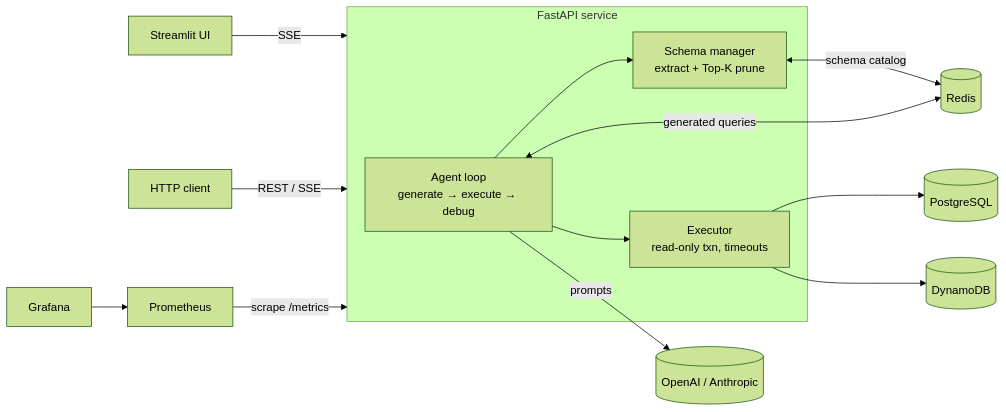
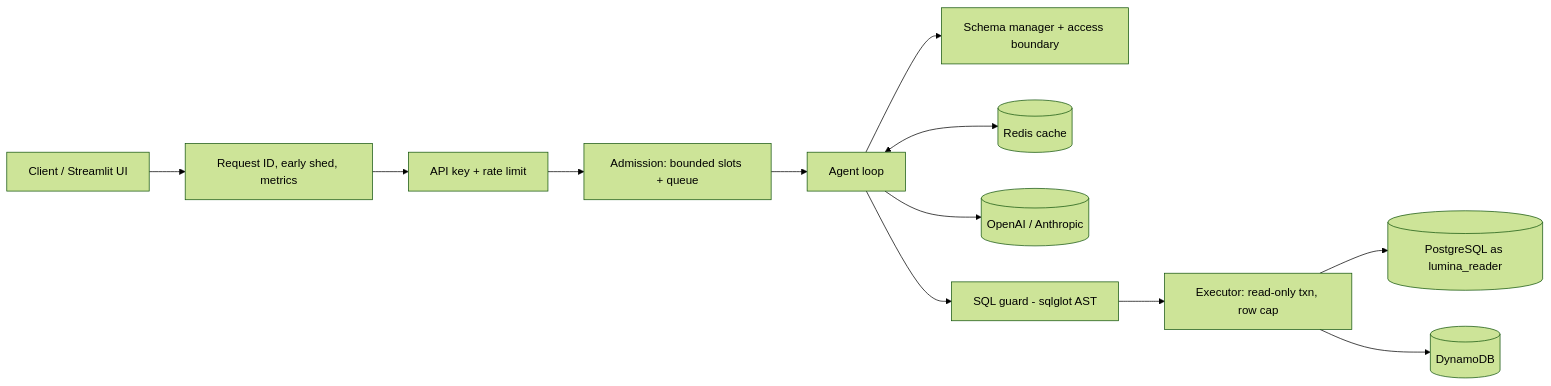
The diagram in README.md (amberfxy/lumina-sql-agent), drawn with Mermaid (forest theme) before and after one commit. The commit also changed other lines of this file and 7 other files, not shown here.

Commit message:
Document architecture, security, failure model, evaluation, and runbook

````diff
--- a/README.md
+++ b/README.md
@@ -11,19 +29,14 @@
 ```mermaid
 flowchart LR
-    UI[Streamlit UI] -->|SSE| API
-    Client[HTTP client] -->|REST / SSE| API
-    subgraph API[FastAPI service]
-        Agent[Agent loop<br/>generate → execute → debug]
-        Schema[Schema manager<br/>extract + Top-K prune]
-        Exec[Executor<br/>read-only txn, timeouts]
-    end
-    Agent --> Schema
-    Agent --> Exec
-    Agent -->|prompts| LLM[(OpenAI / Anthropic)]
-    Schema <-->|schema catalog| Redis[(Redis)]
-    Agent <-->|generated queries| Redis
-    Exec --> PG[(PostgreSQL)]
-    Exec --> DDB[(DynamoDB)]
-    Prom[Prometheus] -->|scrape /metrics| API
-    Grafana --> Prom
+    C[Client / Streamlit UI] --> MW[Request ID, early shed, metrics]
+    MW --> AUTH[API key + rate limit]
+    AUTH --> ADM[Admission: bounded slots + queue]
+    ADM --> AG[Agent loop]
+    AG --> SM[Schema manager + access boundary]
+    AG <--> R[(Redis cache)]
+    AG --> LLM[(OpenAI / Anthropic)]
+    AG --> G[SQL guard - sqlglot AST]
+    G --> EX[Executor: read-only txn, row cap]
+    EX --> PG[(PostgreSQL as lumina_reader)]
+    EX --> DDB[(DynamoDB)]
 ```
````
